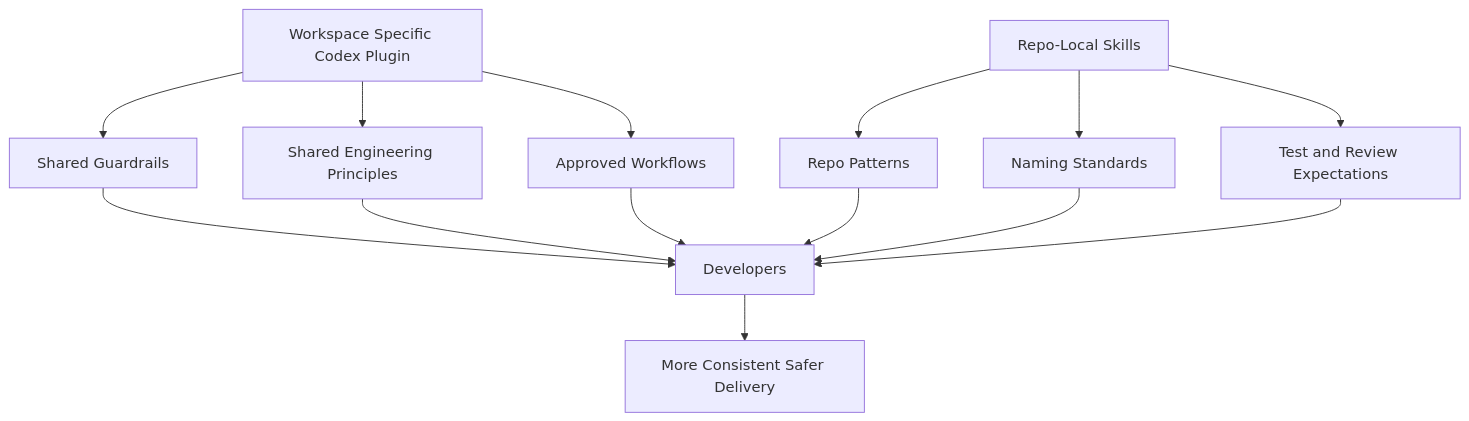
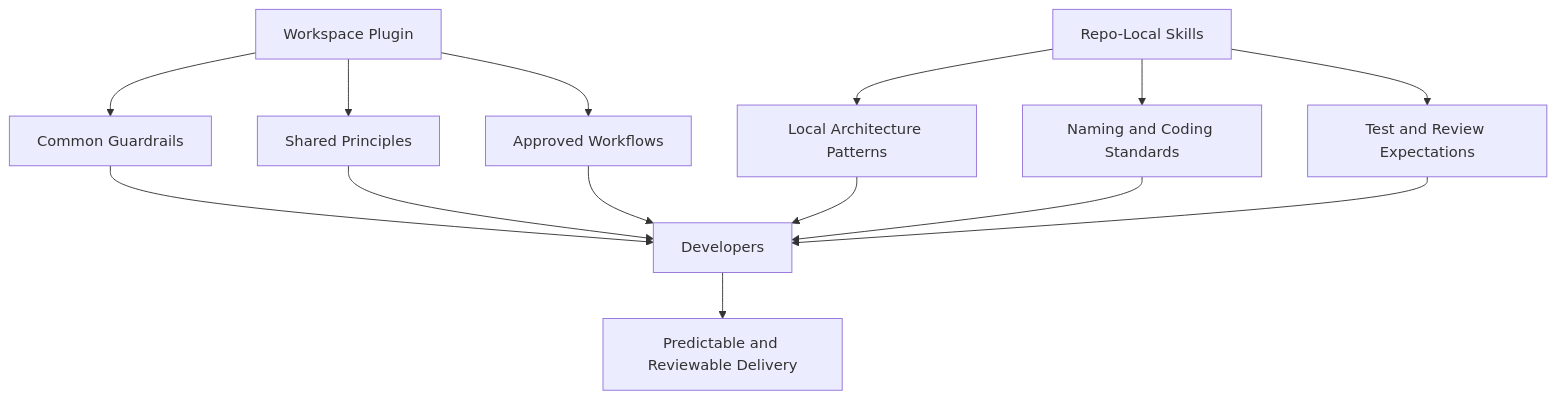
One commit to refat-asadullah-creolytix-dev/refat-asadullah-creolytix-dev changed the tenth of 18 diagrams in creolytix-ai-delivery-model.md. Above: the diagram before and after it, drawn with Mermaid. The commit also changed other lines of this file, not shown here.

````diff
--- a/creolytix-ai-delivery-model.md
+++ b/creolytix-ai-delivery-model.md
@@ -513,16 +333,16 @@
 ```mermaid
 flowchart TB
-    A[Workspace Specific Codex Plugin] --> B[Shared Guardrails]
-    A --> C[Shared Engineering Principles]
+    A[Workspace Plugin] --> B[Common Guardrails]
+    A --> C[Shared Principles]
     A --> D[Approved Workflows]
-    E[Repo-Local Skills] --> F[Repo Patterns]
-    E --> G[Naming Standards]
+    E[Repo-Local Skills] --> F[Local Architecture Patterns]
+    E --> G[Naming and Coding Standards]
     E --> H[Test and Review Expectations]
     B --> I[Developers]
     C --> I
     D --> I
     F --> I
     G --> I
     H --> I
-    I --> J[More Consistent Safer Delivery]
+    I --> J[Predictable and Reviewable Delivery]
 ```
````
